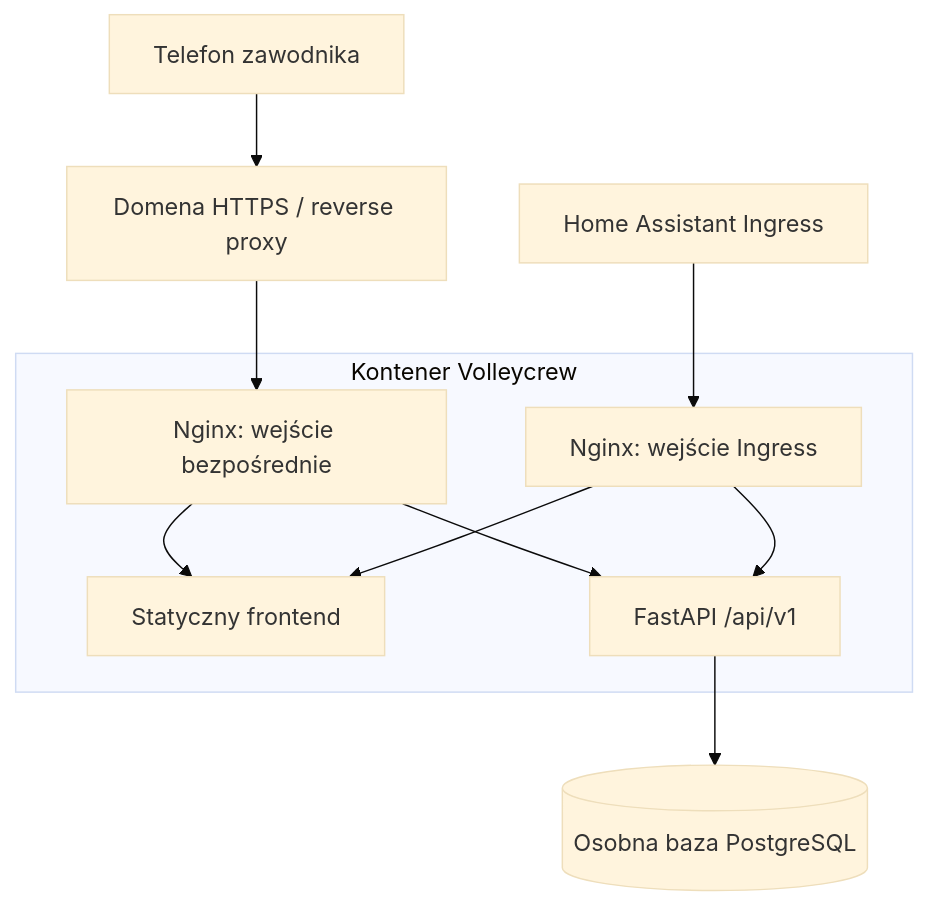
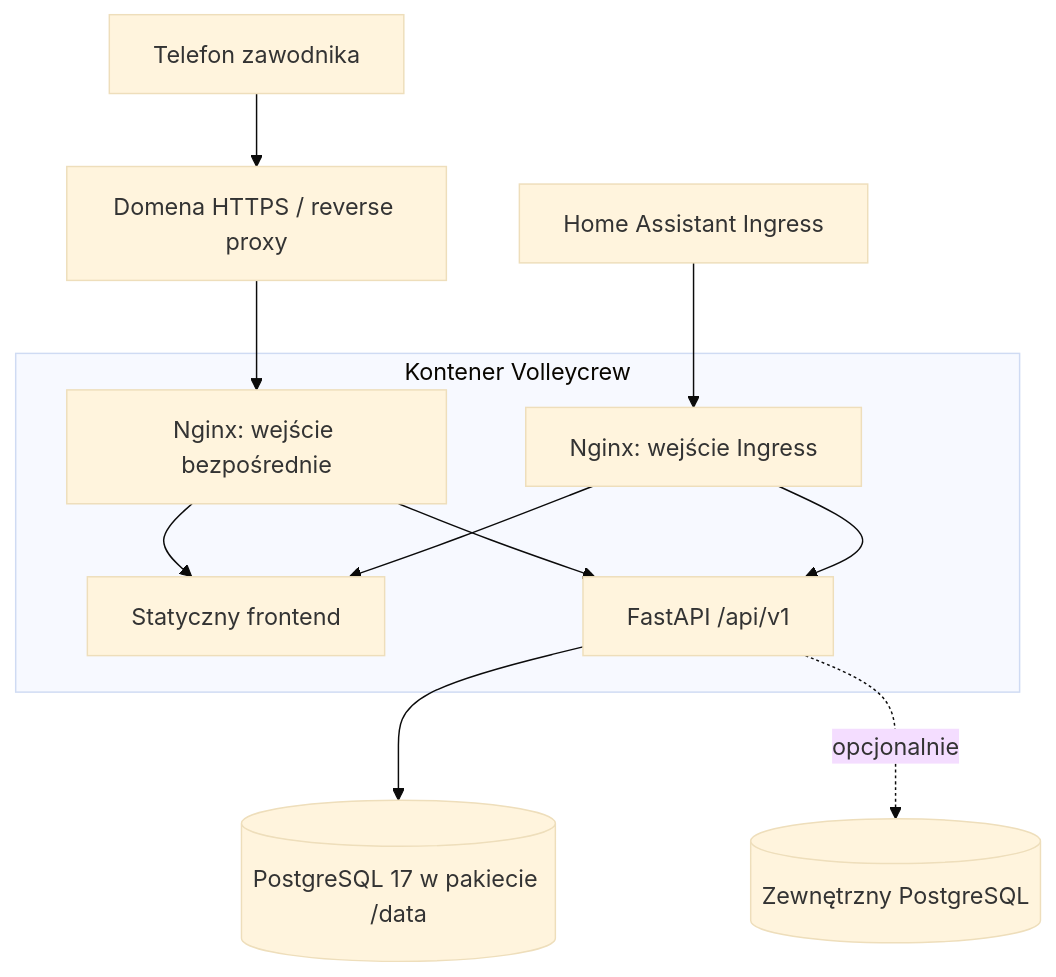
The diagram in docs/implementation/architecture.md (arkadiusz-dalecki/volleycrew), drawn with Mermaid (base theme) before and after one commit. The commit also changed other lines of this file and 24 other files, not shown here.

Commit message:
feat: bundle private PostgreSQL in the Home Assistant app

````diff
--- a/docs/implementation/architecture.md
+++ b/docs/implementation/architecture.md
@@ -19,13 +19,14 @@
 ```mermaid
 flowchart TD
   Phone[Telefon zawodnika] --> TLS[Domena HTTPS / reverse proxy]
   TLS --> Public[Nginx: wejście bezpośrednie]
   HA[Home Assistant Ingress] --> Ingress[Nginx: wejście Ingress]
   subgraph App[Kontener Volleycrew]
     Public --> Static[Statyczny frontend]
     Ingress --> Static
     Public --> API[FastAPI /api/v1]
     Ingress --> API
   end
-  API --> PG[(Osobna baza PostgreSQL)]
+  API --> PG[(PostgreSQL 17 w pakiecie /data)]
+  API -. opcjonalnie .-> ExternalPG[(Zewnętrzny PostgreSQL)]
 ```
````
